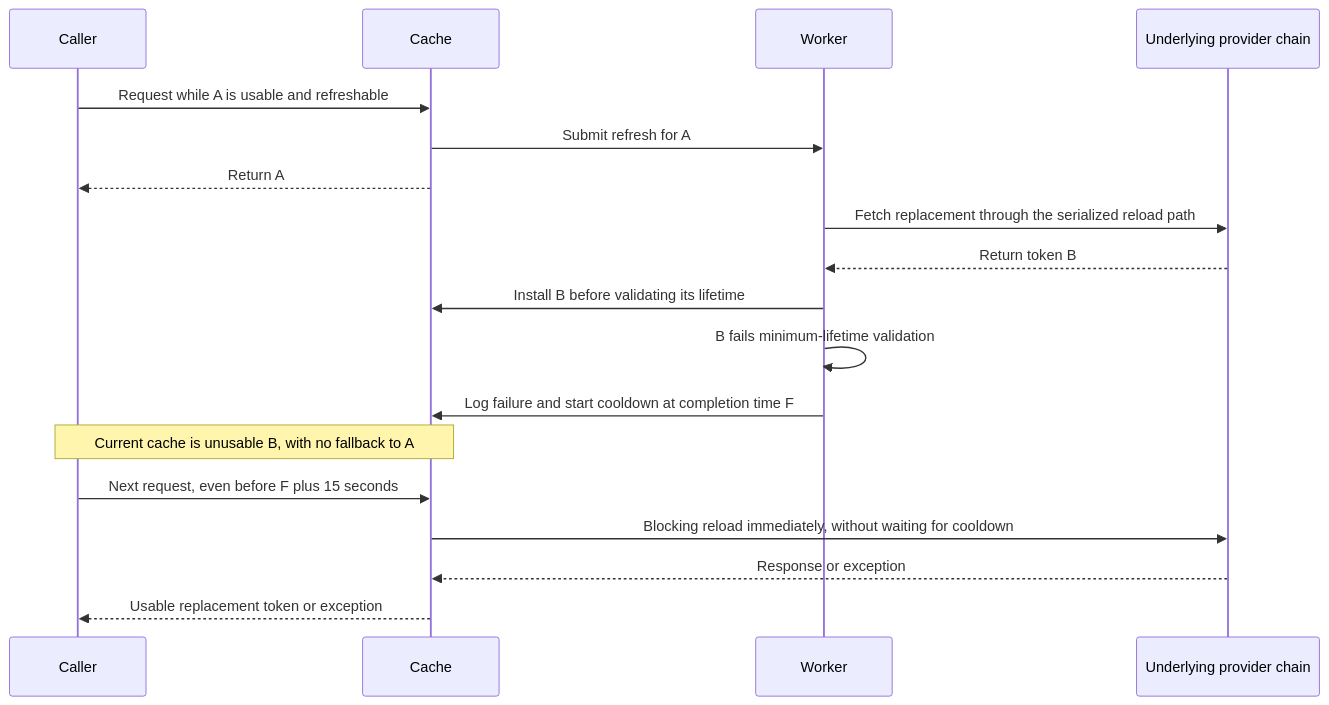
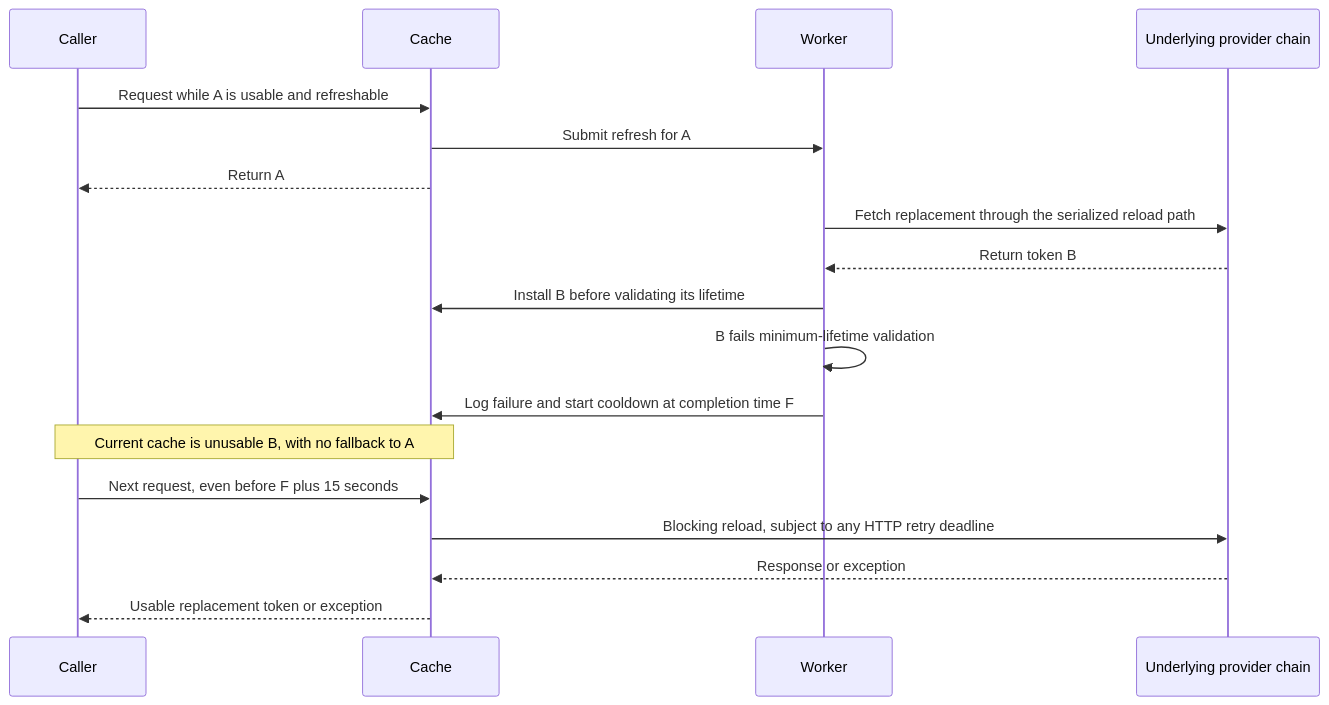
The sixth of 8 diagrams in jwt-client/docs/preemptive-refresh/README.md (entur/jwt-resource-server), drawn with Mermaid before and after one commit. The commit also changed other lines of this file and 39 other files, not shown here.

````diff
--- a/jwt-client/docs/preemptive-refresh/README.md
+++ b/jwt-client/docs/preemptive-refresh/README.md
@@ -175,20 +177,20 @@
 ```mermaid
 sequenceDiagram
     participant Caller
     participant Cache
     participant Worker
     participant Provider as Underlying provider chain
     Caller->>Cache: Request while A is usable and refreshable
     Cache->>Worker: Submit refresh for A
     Cache-->>Caller: Return A
     Worker->>Provider: Fetch replacement through the serialized reload path
     Provider-->>Worker: Return token B
     Worker->>Cache: Install B before validating its lifetime
     Worker->>Worker: B fails minimum-lifetime validation
     Worker->>Cache: Log failure and start cooldown at completion time F
     Note over Caller,Cache: Current cache is unusable B, with no fallback to A
     Caller->>Cache: Next request, even before F plus 15 seconds
-    Cache->>Provider: Blocking reload immediately, without waiting for cooldown
+    Cache->>Provider: Blocking reload, subject to any HTTP retry deadline
     Provider-->>Cache: Response or exception
     Cache-->>Caller: Usable replacement token or exception
 ```
````
